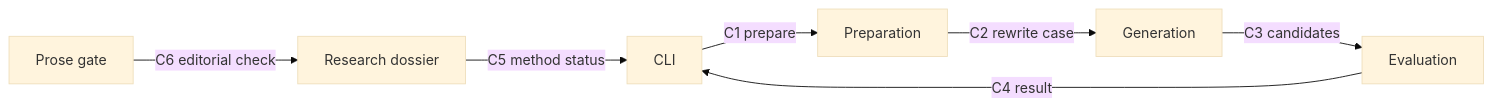
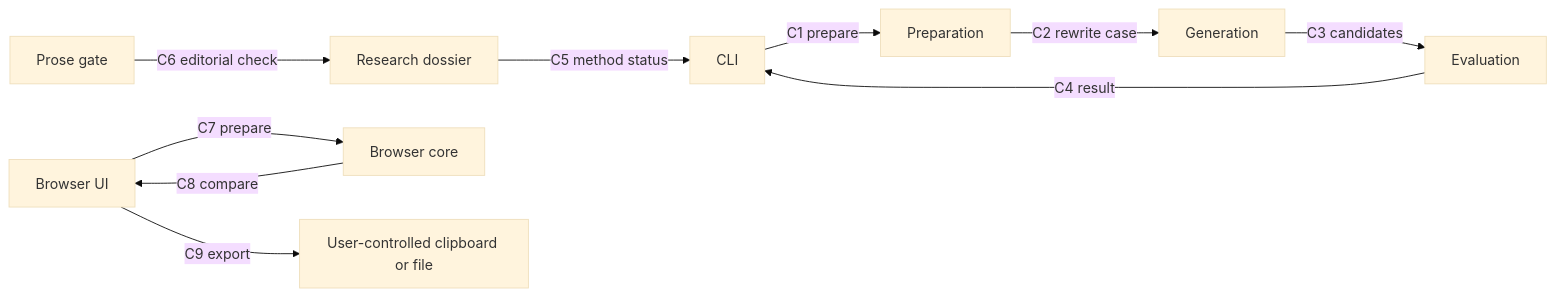
One commit to danilolapegna/claude-watermark-toolkit changed the diagram in ARCHITECTURE.md. Above: the diagram before and after it, drawn with Mermaid (base theme). The commit also changed other lines of this file and 37 other files, not shown here.

````diff
--- a/ARCHITECTURE.md
+++ b/ARCHITECTURE.md
@@ -36,9 +39,12 @@
 ```mermaid
 flowchart LR
   A[CLI] -->|C1 prepare| B[Preparation]
   B -->|C2 rewrite case| C[Generation]
   C -->|C3 candidates| D[Evaluation]
   D -->|C4 result| A
   E[Research dossier] -->|C5 method status| A
   F[Prose gate] -->|C6 editorial check| E
+  G[Browser UI] -->|C7 prepare| H[Browser core]
+  H -->|C8 compare| G
+  G -->|C9 export| I[User-controlled clipboard or file]
 ```
````
